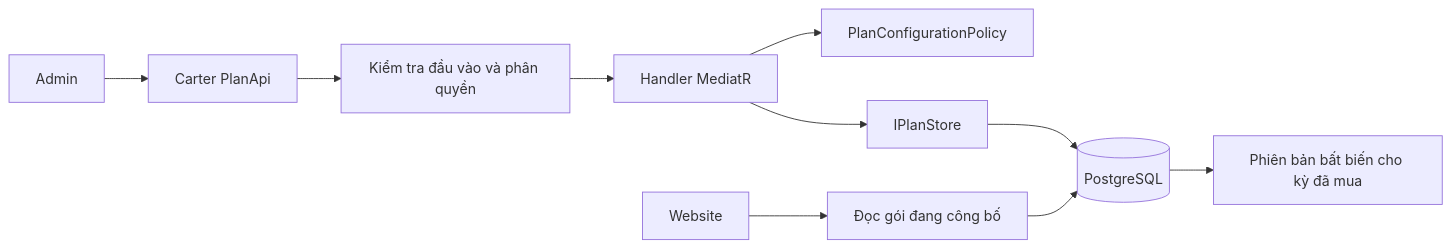
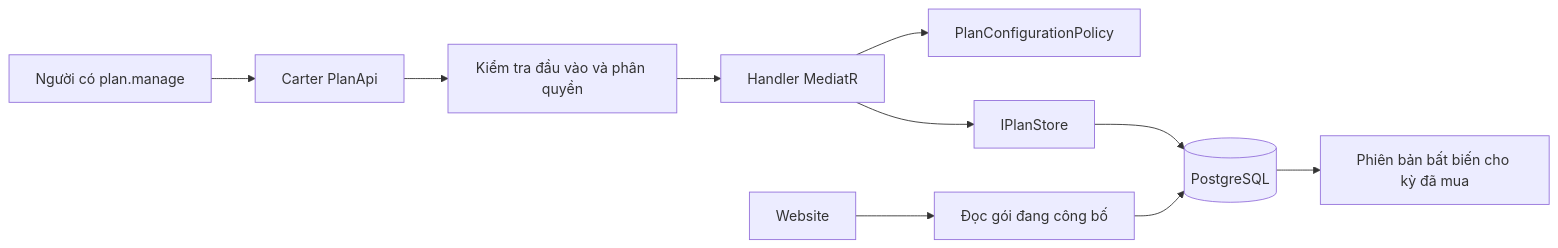
One commit to TaskCoper/bmt-documentation changed the first of 5 diagrams in tdd/TDD-SUB-001.md. Above: the diagram before and after it, drawn with Mermaid. The commit also changed other lines of this file and 19 other files, not shown here.

````diff
--- a/tdd/TDD-SUB-001.md
+++ b/tdd/TDD-SUB-001.md
@@ -170,12 +181,12 @@
 ```mermaid
 flowchart LR
-    A[Admin] --> API[Carter PlanApi]
+    A[Người có plan.manage] --> API[Carter PlanApi]
     API --> V[Kiểm tra đầu vào và phân quyền]
     V --> H[Handler MediatR]
     H --> P[PlanConfigurationPolicy]
     H --> S[IPlanStore]
     S --> DB[(PostgreSQL)]
     U[Website] --> Q[Đọc gói đang công bố]
     Q --> DB
     DB --> R[Phiên bản bất biến cho kỳ đã mua]
 ```
````
